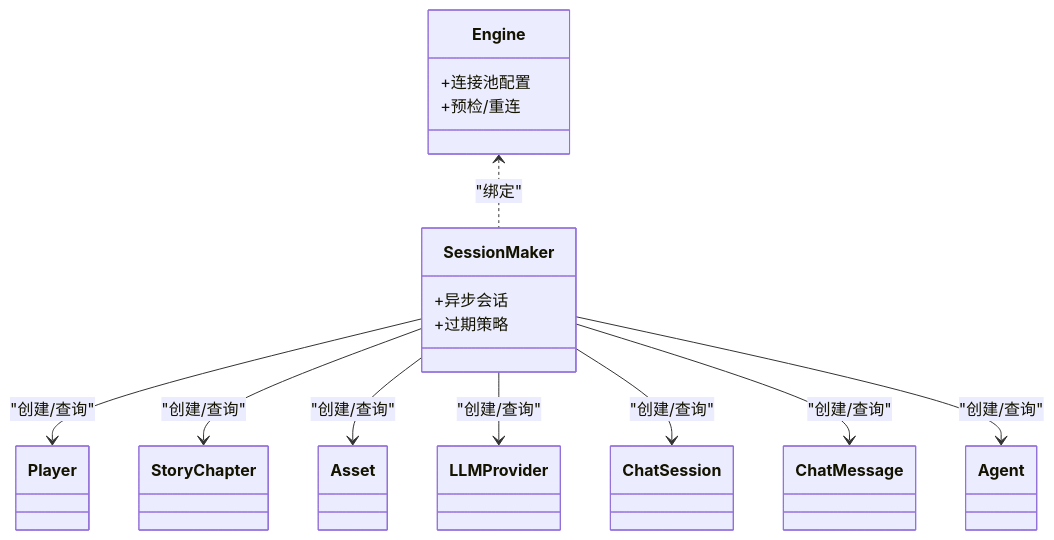
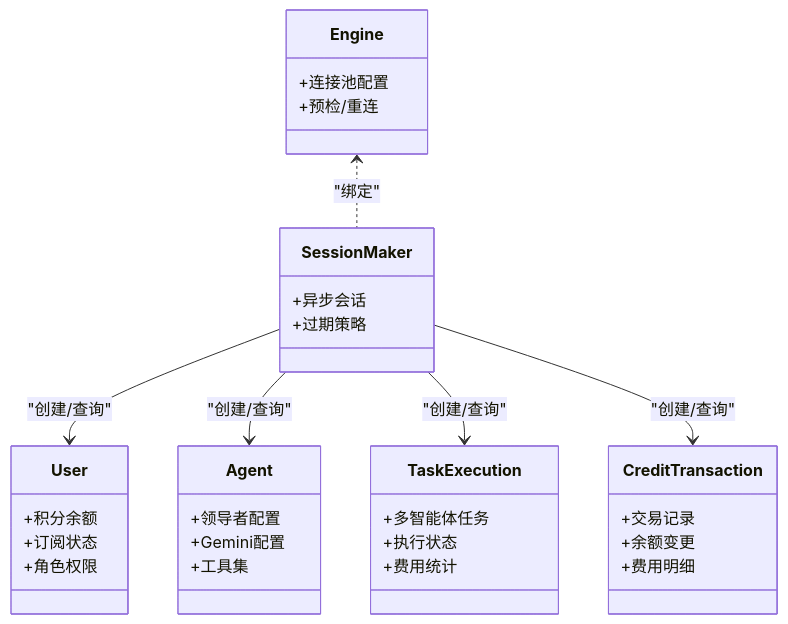
The fourth of 7 diagrams in .qoder/repowiki/zh/content/部署指南/部署指南.md (KunLabAI/KunFlix), drawn with Mermaid before and after one commit. The commit also changed other lines of this file and 25 other files, not shown here.

````diff
--- a/.qoder/repowiki/zh/content/部署指南/部署指南.md
+++ b/.qoder/repowiki/zh/content/部署指南/部署指南.md
@@ -168,26 +203,36 @@
 ```mermaid
 classDiagram
 class Engine {
 +连接池配置
 +预检/重连
 }
 class SessionMaker {
 +异步会话
 +过期策略
 }
-class Player
-class StoryChapter
-class Asset
-class LLMProvider
-class ChatSession
-class ChatMessage
-class Agent
+class User {
++积分余额
++订阅状态
++角色权限
+}
+class Agent {
++领导者配置
++Gemini配置
++工具集
+}
+class TaskExecution {
++多智能体任务
++执行状态
++费用统计
+}
+class CreditTransaction {
++交易记录
++余额变更
++费用明细
+}
 Engine <.. SessionMaker : "绑定"
-SessionMaker --> Player : "创建/查询"
-SessionMaker --> StoryChapter : "创建/查询"
-SessionMaker --> Asset : "创建/查询"
-SessionMaker --> LLMProvider : "创建/查询"
-SessionMaker --> ChatSession : "创建/查询"
-SessionMaker --> ChatMessage : "创建/查询"
+SessionMaker --> User : "创建/查询"
 SessionMaker --> Agent : "创建/查询"
+SessionMaker --> TaskExecution : "创建/查询"
+SessionMaker --> CreditTransaction : "创建/查询"
 ```
````
